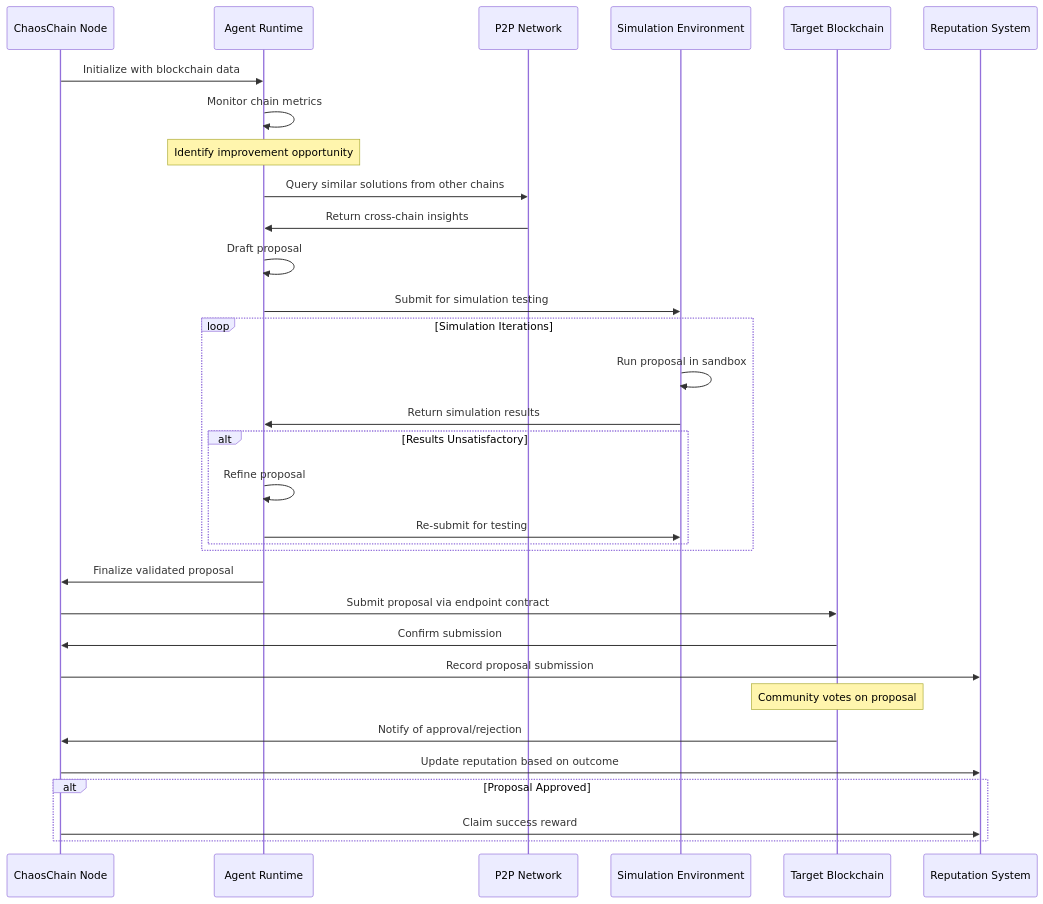
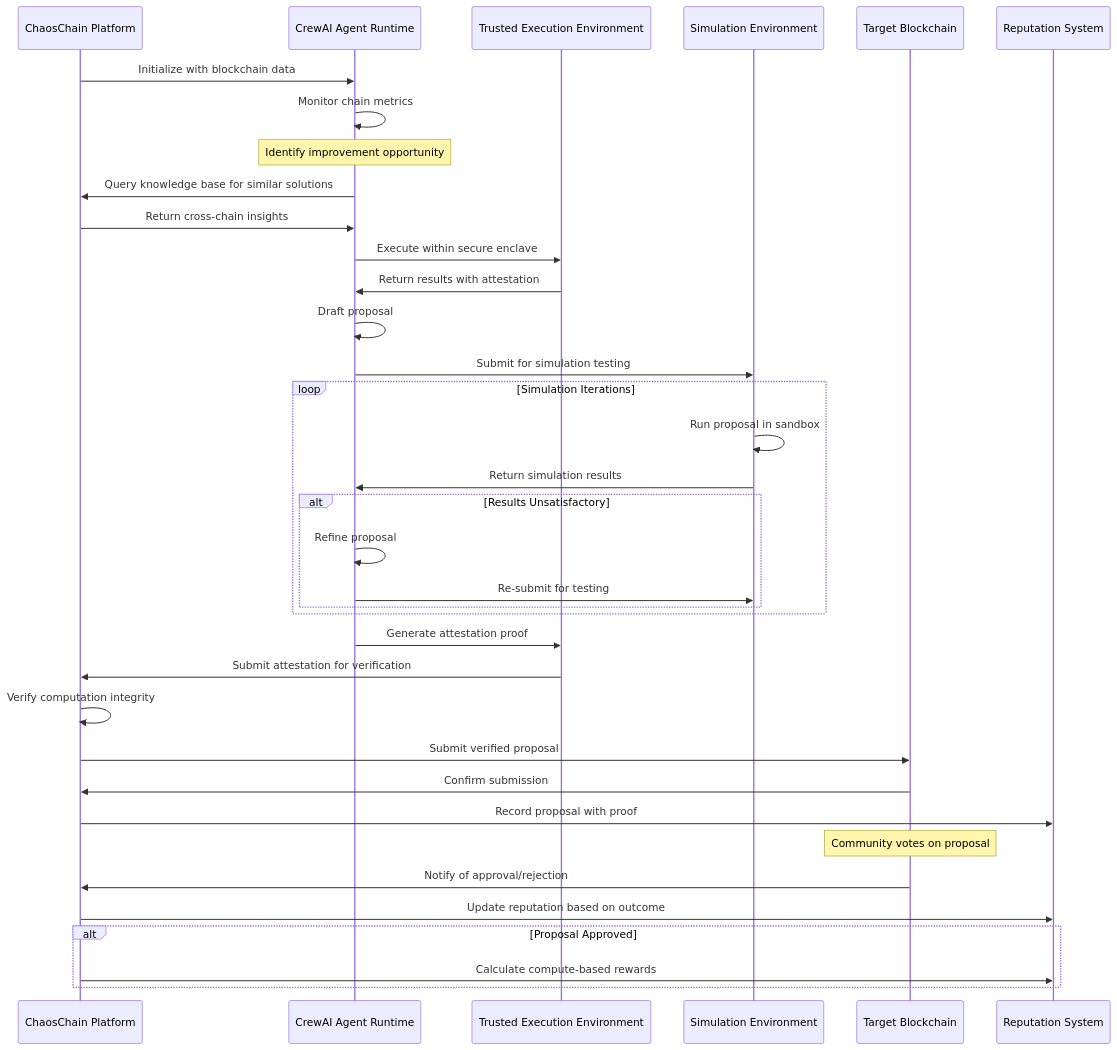
One commit to ChaosChain/chaoschain-governance-os changed the first of 2 diagrams in IMPLEMENTATION_PLAN.md. Above: the diagram before and after it, drawn with Mermaid. The commit also changed other lines of this file, not shown here.

Commit message:
Revise implementation plan: replace P2P with verification layer, add CrewAI integration, focus on compute-based verification

````diff
--- a/IMPLEMENTATION_PLAN.md
+++ b/IMPLEMENTATION_PLAN.md
@@ -183,44 +457,50 @@
 ```mermaid
 sequenceDiagram
-    participant Node as ChaosChain Node
-    participant Agent as Agent Runtime
-    participant P2P as P2P Network
+    participant ChaosChain as ChaosChain Platform
+    participant Agent as CrewAI Agent Runtime
+    participant TEE as Trusted Execution Environment
     participant Sim as Simulation Environment
     participant Target as Target Blockchain
     participant Rep as Reputation System
     
-    Node->>Agent: Initialize with blockchain data
+    ChaosChain->>Agent: Initialize with blockchain data
     Agent->>Agent: Monitor chain metrics
     
     Note over Agent: Identify improvement opportunity
     
-    Agent->>P2P: Query similar solutions from other chains
-    P2P->>Agent: Return cross-chain insights
+    Agent->>ChaosChain: Query knowledge base for similar solutions
+    ChaosChain->>Agent: Return cross-chain insights
+    
+    Agent->>TEE: Execute within secure enclave
+    TEE->>Agent: Return results with attestation
     
     Agent->>Agent: Draft proposal
     Agent->>Sim: Submit for simulation testing
     
     loop Simulation Iterations
         Sim->>Sim: Run proposal in sandbox
         Sim->>Agent: Return simulation results
         alt Results Unsatisfactory
             Agent->>Agent: Refine proposal
             Agent->>Sim: Re-submit for testing
         end
     end
     
-    Agent->>Node: Finalize validated proposal
-    Node->>Target: Submit proposal via endpoint contract
-    Target->>Node: Confirm submission
+    Agent->>TEE: Generate attestation proof
+    TEE->>ChaosChain: Submit attestation for verification
     
-    Node->>Rep: Record proposal submission
+    ChaosChain->>ChaosChain: Verify computation integrity
+    ChaosChain->>Target: Submit verified proposal
+    Target->>ChaosChain: Confirm submission
+    
+    ChaosChain->>Rep: Record proposal with proof
     
     Note over Target: Community votes on proposal
     
-    Target->>Node: Notify of approval/rejection
-    Node->>Rep: Update reputation based on outcome
+    Target->>ChaosChain: Notify of approval/rejection
+    ChaosChain->>Rep: Update reputation based on outcome
     
     alt Proposal Approved
-        Node->>Rep: Claim success reward
+        ChaosChain->>Rep: Calculate compute-based rewards
     end
 ```
````
